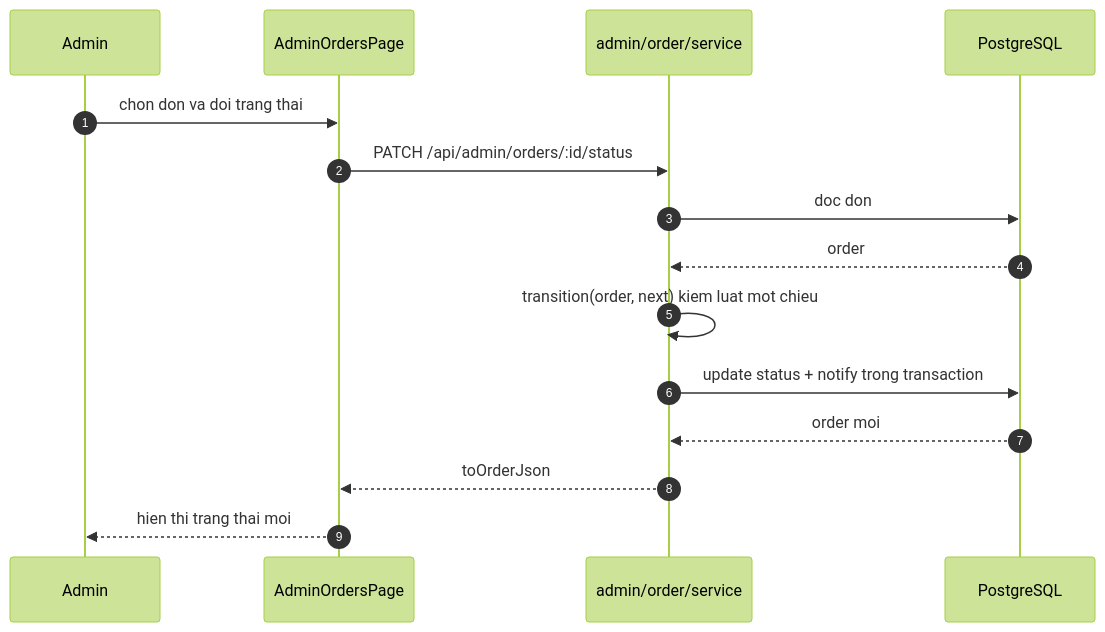
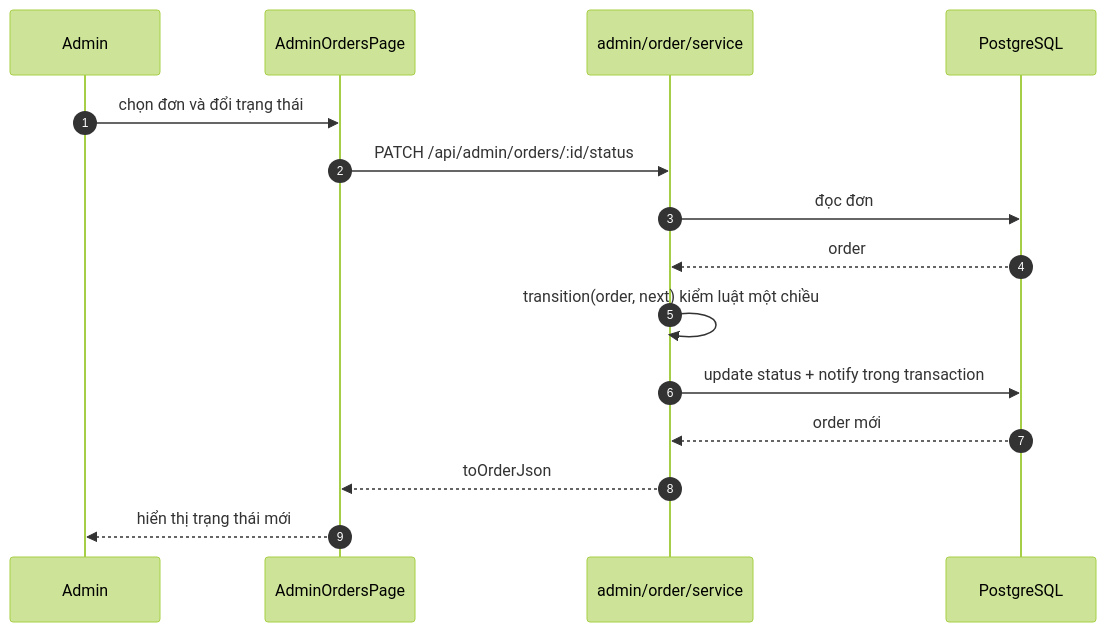
The diagram in wiki/Luong-quan-tri.md (nghiaxh/food-ordering), drawn with Mermaid (forest theme) before and after one commit. The commit also changed other lines of this file and 1 other file, not shown here.

Commit message:
docs: restore Vietnamese diacritics in wiki flow pages (#154)

````diff
--- a/wiki/Luong-quan-tri.md
+++ b/wiki/Luong-quan-tri.md
@@ -13,17 +13,17 @@
 ```mermaid
 sequenceDiagram
   autonumber
   participant A as Admin
   participant C as AdminOrdersPage
   participant S as admin/order/service
   participant D as PostgreSQL
-  A->>C: chon don va doi trang thai
+  A->>C: chọn đơn và đổi trạng thái
   C->>S: PATCH /api/admin/orders/:id/status
-  S->>D: doc don
+  S->>D: đọc đơn
   D-->>S: order
-  S->>S: transition(order, next) kiem luat mot chieu
+  S->>S: transition(order, next) kiểm luật một chiều
   S->>D: update status + notify trong transaction
-  D-->>S: order moi
+  D-->>S: order mới
   S-->>C: toOrderJson
-  C-->>A: hien thi trang thai moi
+  C-->>A: hiển thị trạng thái mới
 ```
````
